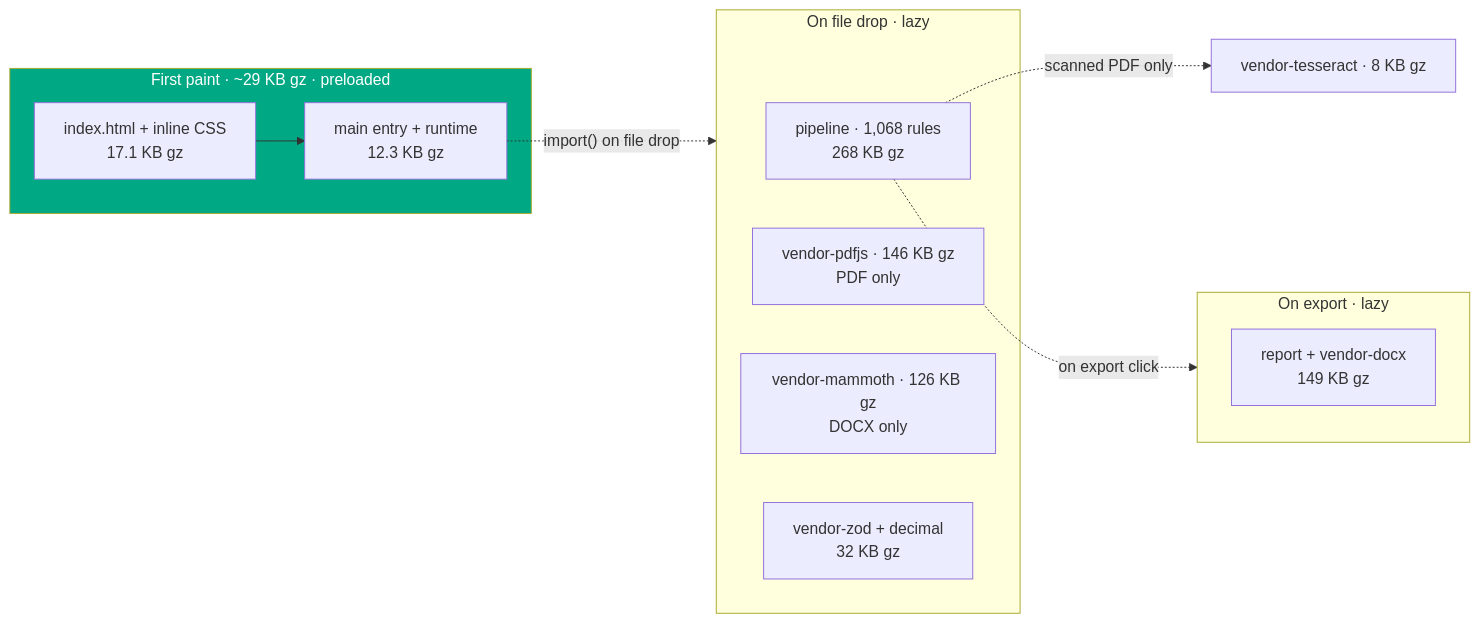
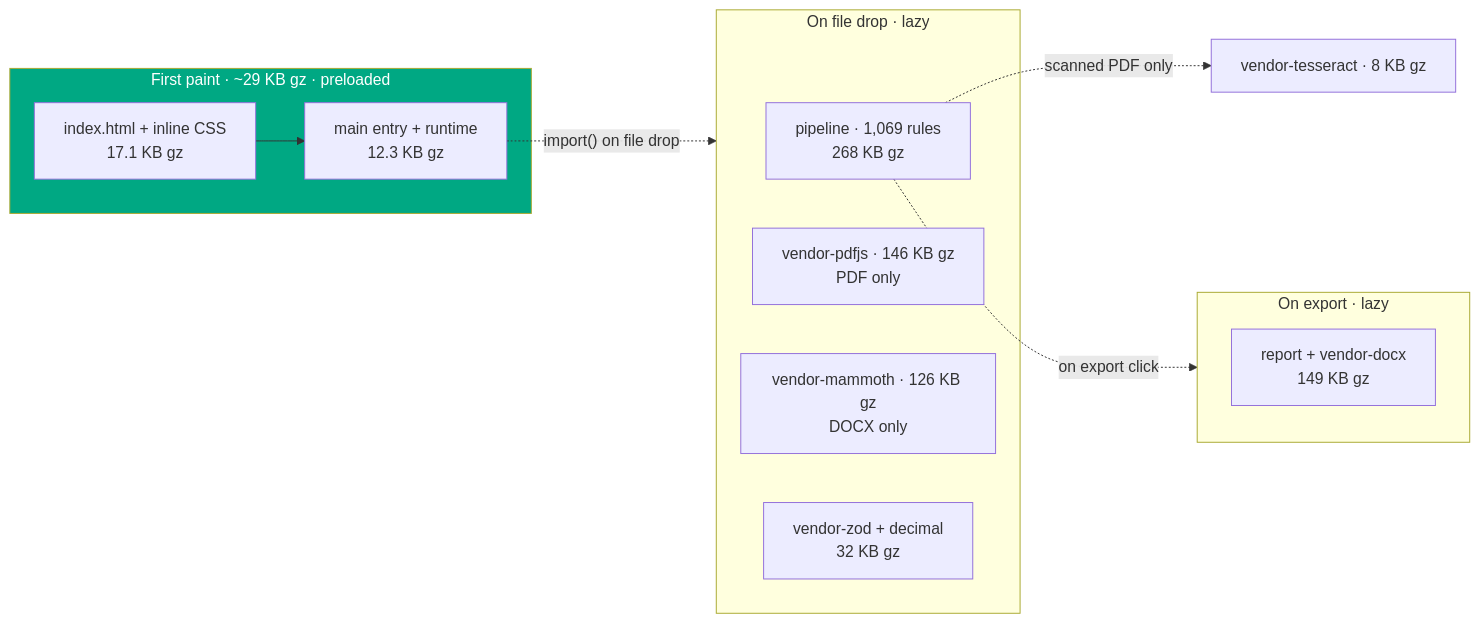
The tenth of 11 diagrams in README.md (clay-good/vaulytica), drawn with Mermaid before and after one commit. The commit also changed other lines of this file and 363 other files, not shown here.

````diff
--- a/README.md
+++ b/README.md
@@ -1266,19 +1266,19 @@
 ```mermaid
 flowchart LR
   subgraph FP["First paint · ~29 KB gz · preloaded"]
     H[index.html + inline CSS<br/>17.1 KB gz] --> M[main entry + runtime<br/>12.3 KB gz]
   end
   M -. "import() on file drop" .-> DROP
   subgraph DROP["On file drop · lazy"]
-    P[pipeline · 1,068 rules<br/>268 KB gz]
+    P[pipeline · 1,069 rules<br/>268 KB gz]
     PDF[vendor-pdfjs · 146 KB gz<br/>PDF only]
     DOCXIN[vendor-mammoth · 126 KB gz<br/>DOCX only]
     Z[vendor-zod + decimal<br/>32 KB gz]
   end
   P -. "on export click" .-> EXP
   subgraph EXP["On export · lazy"]
     RPT[report + vendor-docx<br/>149 KB gz]
   end
   P -. "scanned PDF only" .-> OCR[vendor-tesseract · 8 KB gz]
   style FP fill:#00A883,color:#fff
 ```
````
